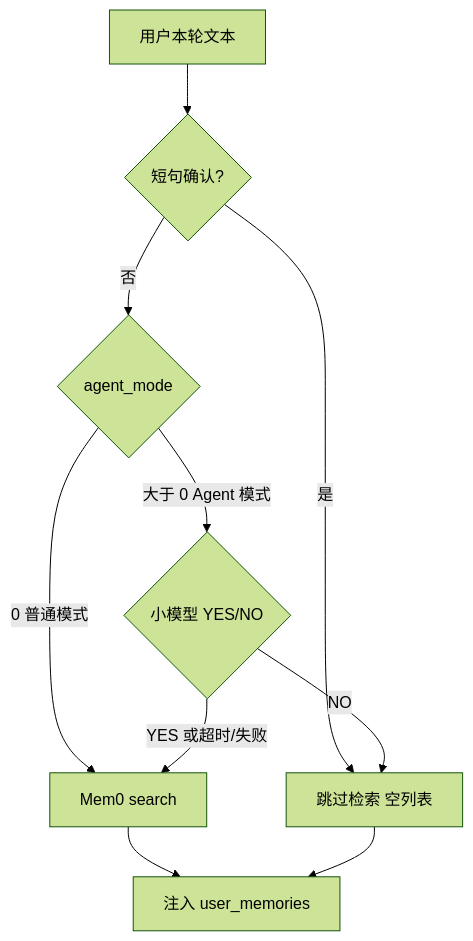
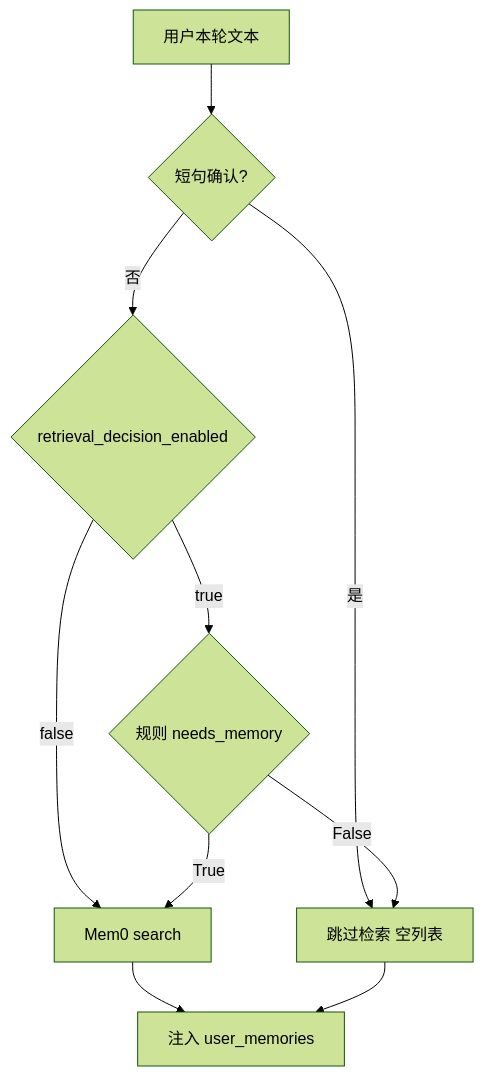
One commit to wuhonglei/chat-agent changed the diagram in .cursor/plans/记忆检索决策闸门_a54e5942.plan.md. Above: the diagram before and after it, drawn with Mermaid (forest theme). The commit also changed other lines of this file, not shown here.

````diff
--- a/.cursor/plans/记忆检索决策闸门_a54e5942.plan.md
+++ b/.cursor/plans/记忆检索决策闸门_a54e5942.plan.md
@@ -34,19 +34,19 @@
 ```mermaid
 flowchart TD
   start[用户本轮文本]
   ack{短句确认?}
-  mode{agent_mode}
-  cls{小模型 YES/NO}
+  enabled{retrieval_decision_enabled}
+  rules{规则 needs_memory}
   search[Mem0 search]
   skip[跳过检索 空列表]
   inject[注入 user_memories]
   start --> ack
   ack -->|是| skip
-  ack -->|否| mode
-  mode -->|0 普通模式| search
-  mode -->|大于 0 Agent 模式| cls
-  cls -->|NO| skip
-  cls -->|YES 或超时/失败| search
+  ack -->|否| enabled
+  enabled -->|false| search
+  enabled -->|true| rules
+  rules -->|False| skip
+  rules -->|True| search
   search --> inject
   skip --> inject
 ```
````
